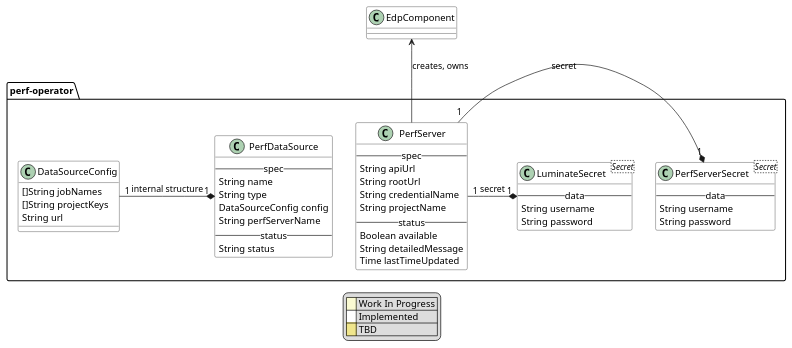
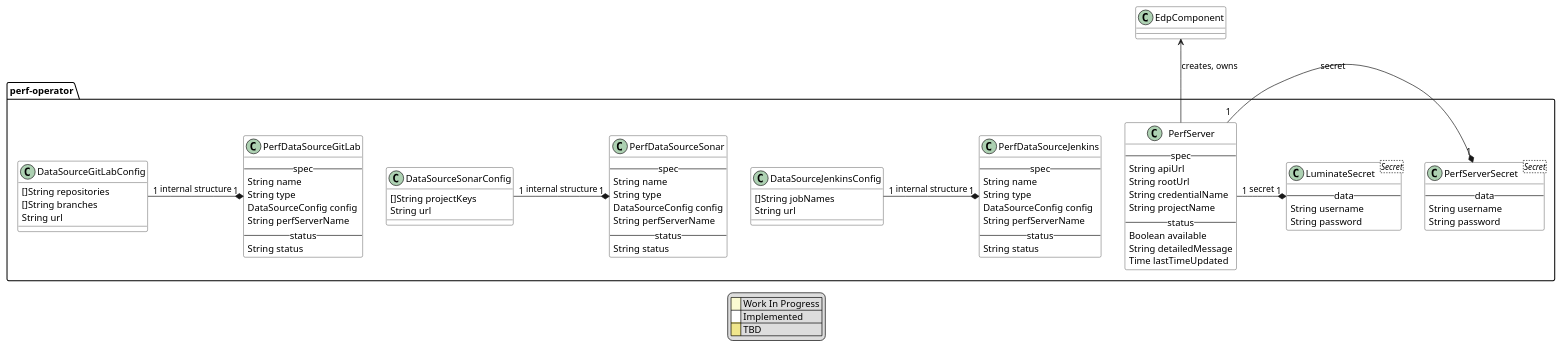
The diagram in documentation/puml/arch.puml (epam/edp-perf-operator), drawn with PlantUML before and after one commit. The commit also changed 4 other files, not shown here.

```diff
--- a/documentation/puml/arch.puml
+++ b/documentation/puml/arch.puml
@@ -1,63 +1,94 @@
 @startuml
 
 skinparam class {
     BackgroundColor #white
 	BackgroundColor<<wip>> LightGoldenRodYellow
 	BackgroundColor<<tbd>> Khaki
 }
 
 package perf-operator {
     class PerfServer {
         -- spec --
         String apiUrl
         String rootUrl
         String credentialName
         String projectName
         -- status --
         Boolean available
         String detailedMessage
         Time lastTimeUpdated
     }
 
     PerfServerSecret "1" *-l- "1" PerfServer : secret
     class PerfServerSecret <Secret> {
         -- data --
         String username
         String password
     }
 
     LuminateSecret "1" *-l- "1" PerfServer : secret
     class LuminateSecret <Secret> {
         -- data --
         String username
         String password
     }
 
-    class PerfDataSource {
+    class PerfDataSourceJenkins {
         -- spec --
         String name
         String type
         DataSourceConfig config
         String perfServerName
         -- status --
         String status
     }
 
-    PerfDataSource "1" *-l- "1" DataSourceConfig : internal structure
-    class DataSourceConfig {
+    class PerfDataSourceSonar {
+        -- spec --
+        String name
+        String type
+        DataSourceConfig config
+        String perfServerName
+        -- status --
+        String status
+    }
+
+    class PerfDataSourceGitLab {
+        -- spec --
+        String name
+        String type
+        DataSourceConfig config
+        String perfServerName
+        -- status --
+        String status
+    }
+
+    PerfDataSourceJenkins "1" *-l- "1" DataSourceJenkinsConfig : internal structure
+    class DataSourceJenkinsConfig {
       []String jobNames
+      String url
+    }
+
+    PerfDataSourceSonar "1" *-l- "1" DataSourceSonarConfig : internal structure
+    class DataSourceSonarConfig {
       []String projectKeys
       String url
     }
 
+    PerfDataSourceGitLab "1" *-l- "1" DataSourceGitLabConfig : internal structure
+    class DataSourceGitLabConfig {
+      []String repositories
+      []String branches
+      String url
+    }
 }
 
 EdpComponent <-- PerfServer : creates, owns
 
 legend
 |<back:LightGoldenRodYellow>    </back>| Work In Progress |
 |<back:White>    </back>| Implemented |
 |<back:Khaki>    </back>| TBD |
 endlegend
 
 @enduml
```
